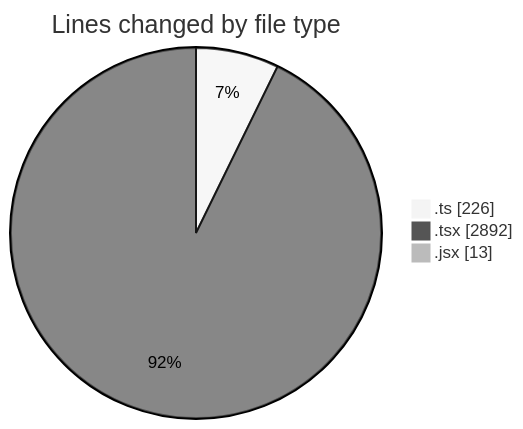
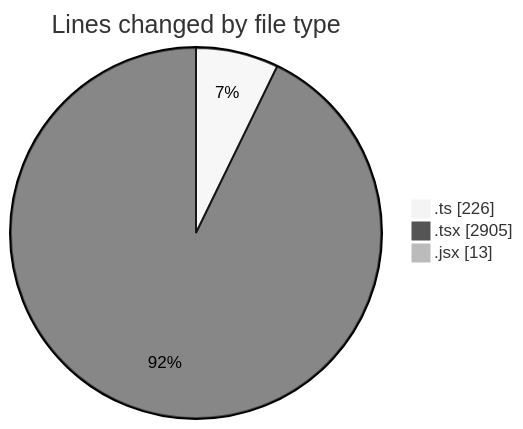
Before and after one commit to momahboobian/code-tracking: the first of 2 diagrams in 2025-12-02/cda/README.md, drawn with Mermaid (neutral theme). The commit also changed other lines of this file and 1 other file, not shown here.

````diff
--- a/2025-12-02/cda/README.md
+++ b/2025-12-02/cda/README.md
@@ -30,7 +30,7 @@
 ```mermaid
 pie showData
 title Lines changed by file type
 ".ts" : 226
-".tsx" : 2892
+".tsx" : 2905
 ".jsx" : 13
 ```
````
